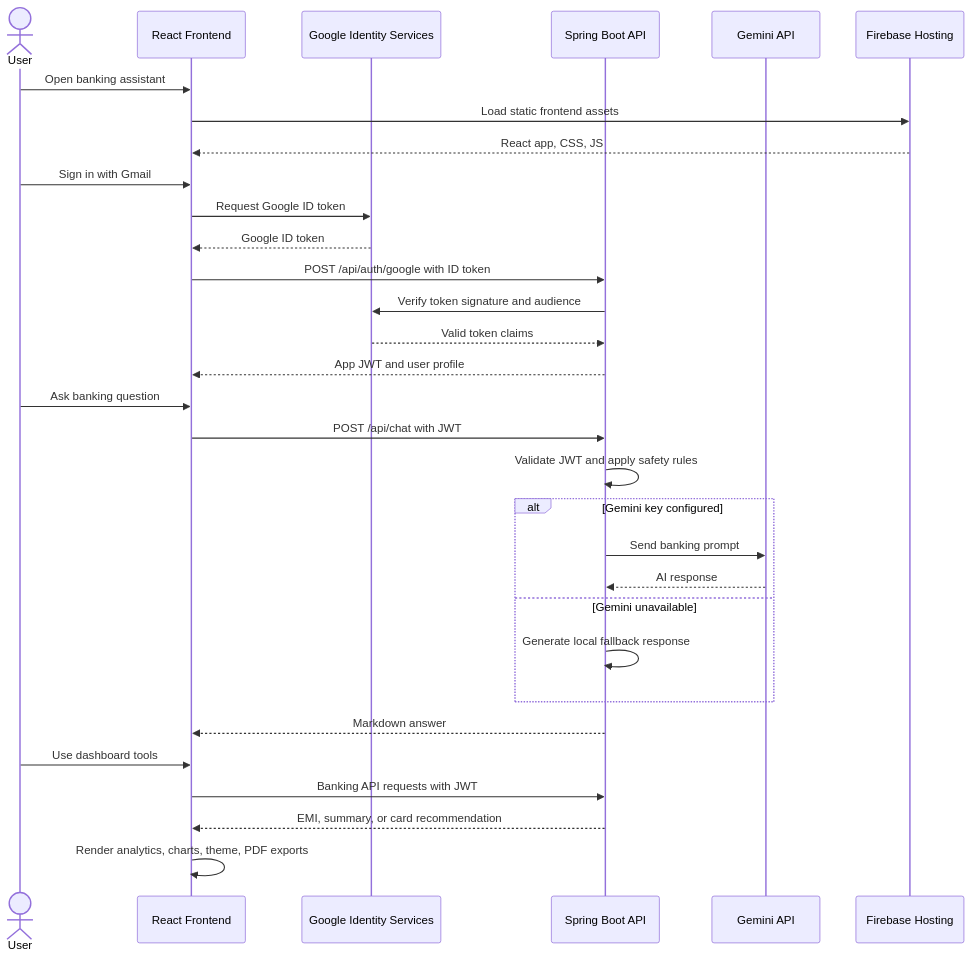
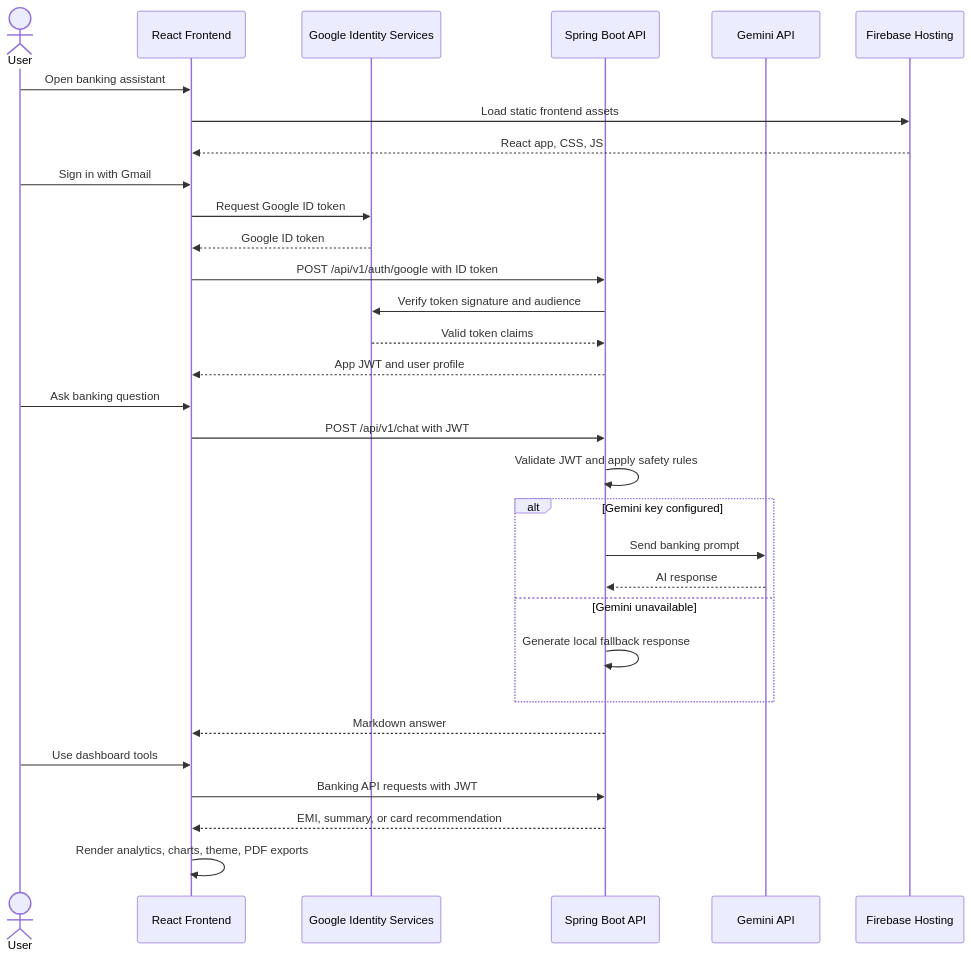
One commit to nithish-ganesan/ai-banking-assistant changed the diagram in readme.md. Above: the diagram before and after it, drawn with Mermaid. The commit also changed other lines of this file and 24 other files, not shown here.

````diff
--- a/readme.md
+++ b/readme.md
@@ -42,37 +42,37 @@
 ```mermaid
 sequenceDiagram
     actor User
     participant Browser as React Frontend
     participant Google as Google Identity Services
     participant API as Spring Boot API
     participant Gemini as Gemini API
     participant Firebase as Firebase Hosting
 
     User->>Browser: Open banking assistant
     Browser->>Firebase: Load static frontend assets
     Firebase-->>Browser: React app, CSS, JS
 
     User->>Browser: Sign in with Gmail
     Browser->>Google: Request Google ID token
     Google-->>Browser: Google ID token
-    Browser->>API: POST /api/auth/google with ID token
+    Browser->>API: POST /api/v1/auth/google with ID token
     API->>Google: Verify token signature and audience
     Google-->>API: Valid token claims
     API-->>Browser: App JWT and user profile
 
     User->>Browser: Ask banking question
-    Browser->>API: POST /api/chat with JWT
+    Browser->>API: POST /api/v1/chat with JWT
     API->>API: Validate JWT and apply safety rules
     alt Gemini key configured
         API->>Gemini: Send banking prompt
         Gemini-->>API: AI response
     else Gemini unavailable
         API->>API: Generate local fallback response
     end
     API-->>Browser: Markdown answer
 
     User->>Browser: Use dashboard tools
     Browser->>API: Banking API requests with JWT
     API-->>Browser: EMI, summary, or card recommendation
     Browser->>Browser: Render analytics, charts, theme, PDF exports
 ```
````
